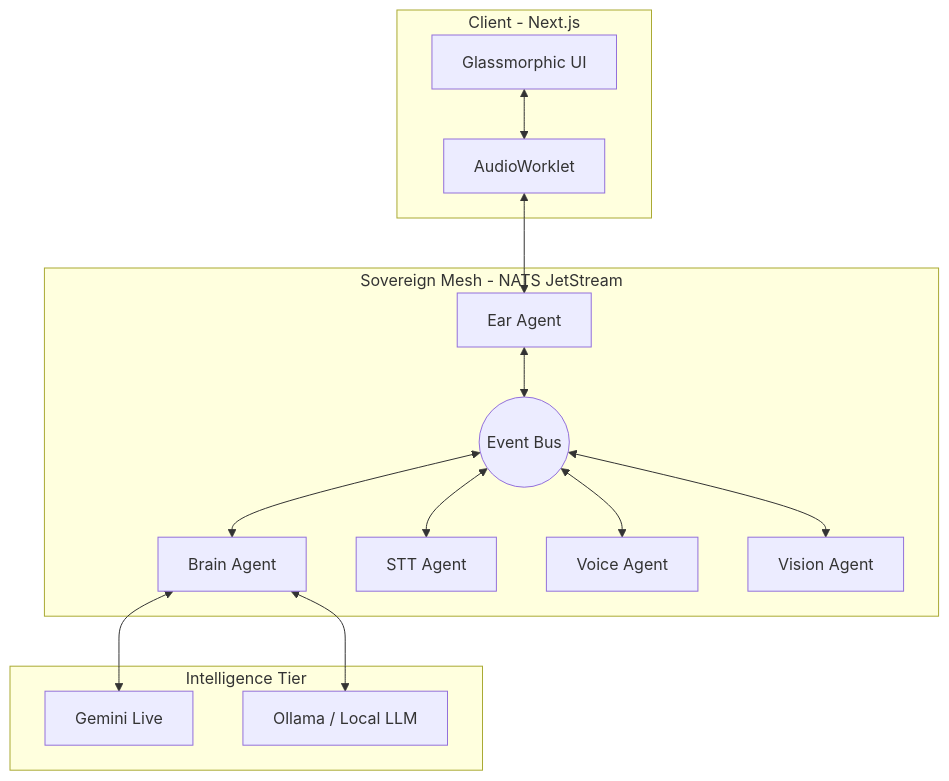
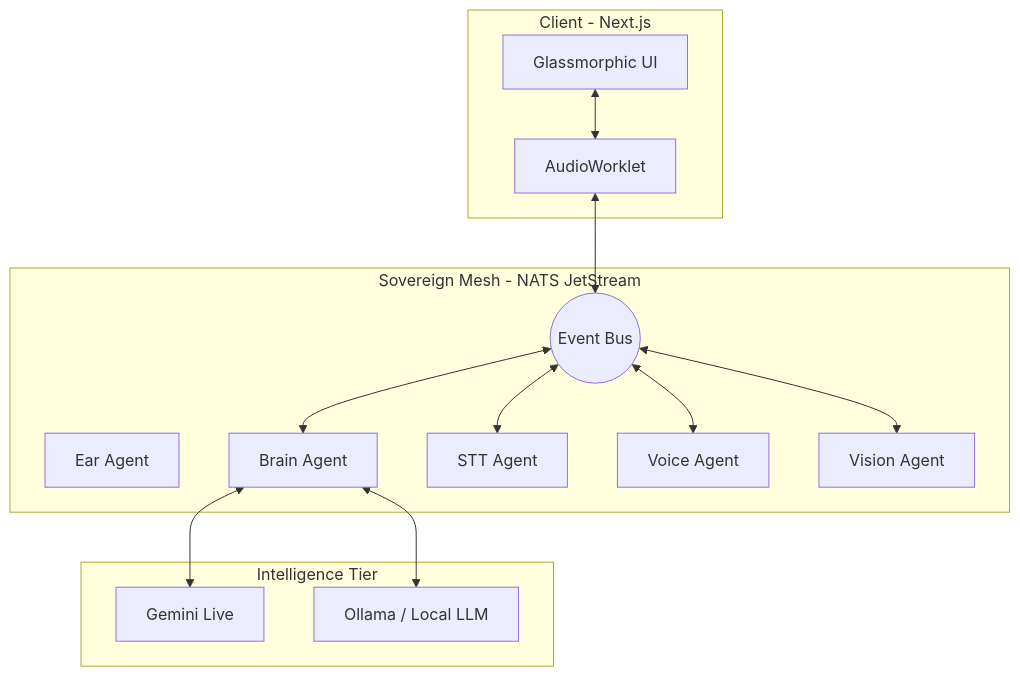
Before and after one commit to Aniket-a14/AI_friend: the diagram in README.md, drawn with Mermaid. The commit also changed other lines of this file, not shown here.

````diff
--- a/README.md
+++ b/README.md
@@ -104,31 +104,30 @@
 ```mermaid
 graph TB
     subgraph Client [Client - Next.js]
         UI[Glassmorphic UI]
         AW[AudioWorklet]
     end
     
     subgraph Mesh [Sovereign Mesh - NATS JetStream]
         NATS((Event Bus))
         EAR[Ear Agent]
         BRAIN[Brain Agent]
         STT[STT Agent]
         VOICE[Voice Agent]
         VISION[Vision Agent]
     end
     
     subgraph Intelligence [Intelligence Tier]
         Gemini[Gemini Live]
         Ollama[Ollama / Local LLM]
     end
     
     UI <--> AW
-    AW <--> EAR
-    EAR <--> NATS
+    AW <--> NATS
     NATS <--> BRAIN
     NATS <--> STT
     NATS <--> VOICE
     NATS <--> VISION
     BRAIN <--> Gemini
     BRAIN <--> Ollama
 ```
````
